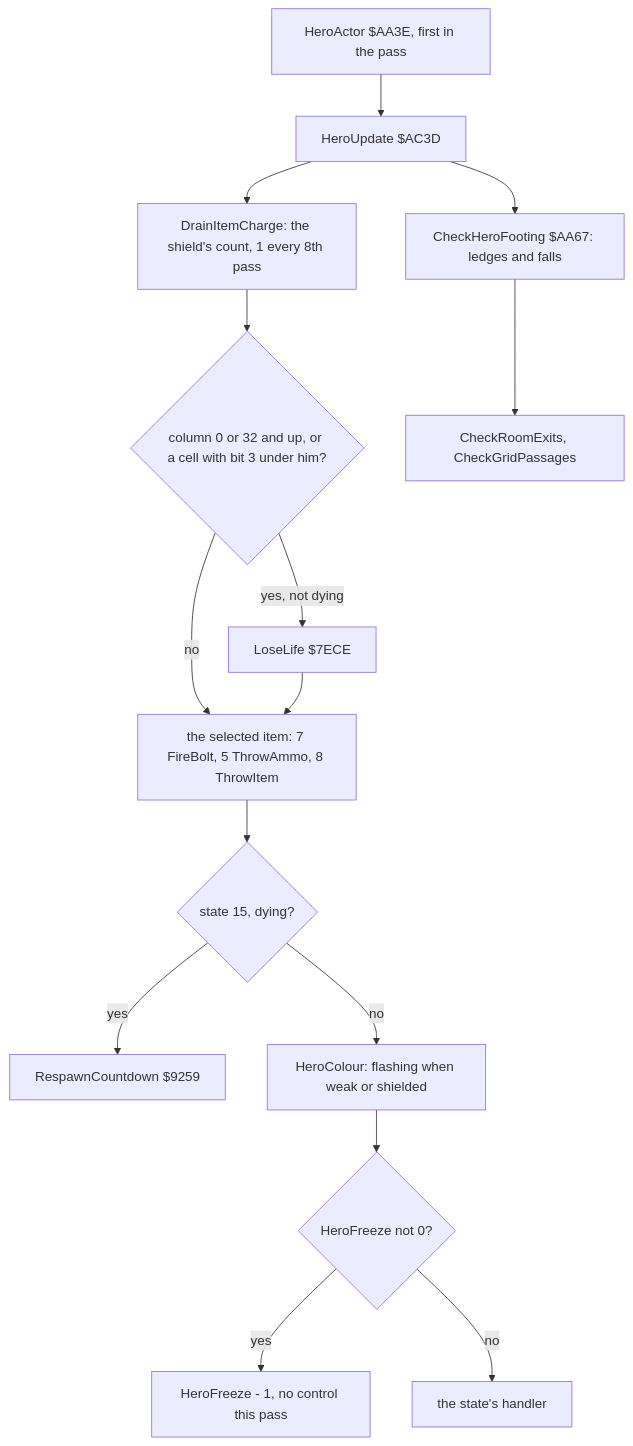
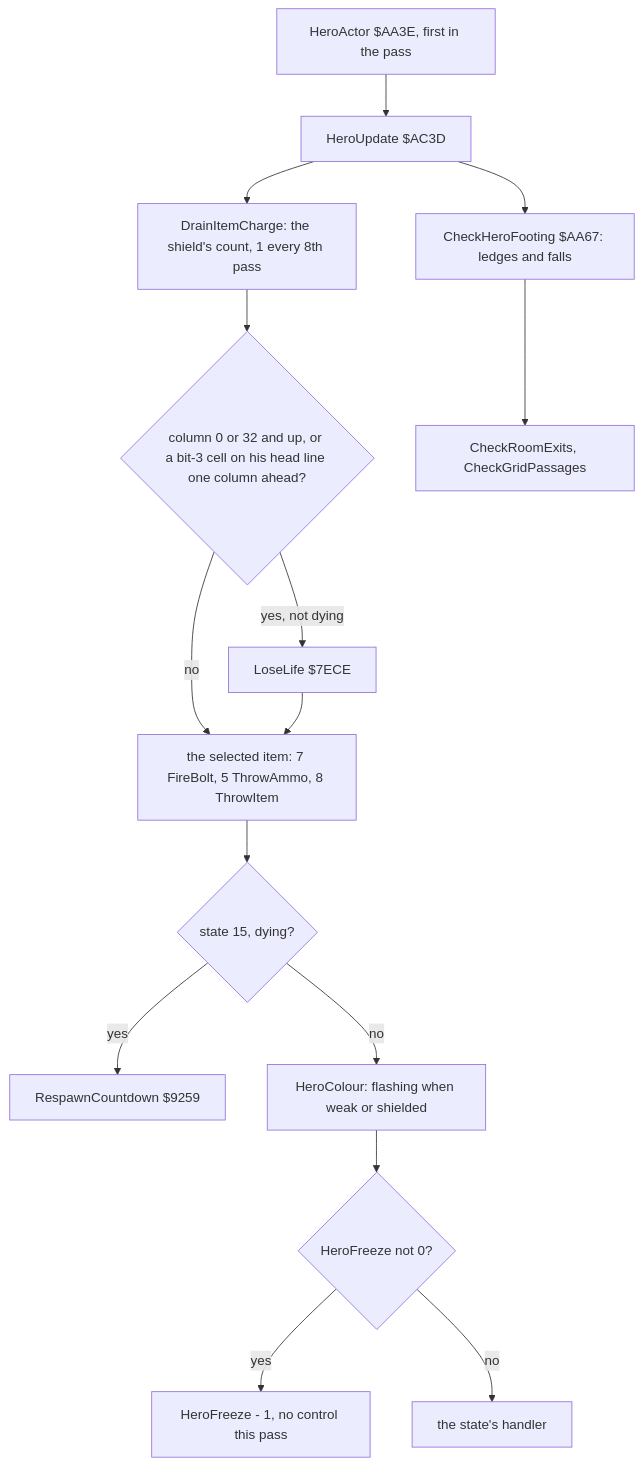
Before and after one commit to alfishe/unrealng-reverse-cases: the first of 10 diagrams in games/myth/docs/10-gameplay-logic.md, drawn with Mermaid. The commit also changed other lines of this file and 29 other files, not shown here.

````diff
--- a/games/myth/docs/10-gameplay-logic.md
+++ b/games/myth/docs/10-gameplay-logic.md
@@ -77,17 +77,17 @@
 ```mermaid
 flowchart TD
     A["HeroActor $AA3E, first in the pass"] --> U["HeroUpdate $AC3D"]
     U --> D["DrainItemCharge: the shield's count, 1 every 8th pass"]
-    D --> H{"column 0 or 32 and up, or a cell with bit 3 under him?"}
+    D --> H{"column 0 or 32 and up, or a bit-3 cell on his head line one column ahead?"}
     H -->|"yes, not dying"| L["LoseLife $7ECE"]
     H -->|"no"| W["the selected item: 7 FireBolt, 5 ThrowAmmo, 8 ThrowItem"]
     L --> W
     W --> S{"state 15, dying?"}
     S -->|"yes"| R["RespawnCountdown $9259"]
     S -->|"no"| C["HeroColour: flashing when weak or shielded"]
     C --> F{"HeroFreeze not 0?"}
     F -->|"yes"| X["HeroFreeze - 1, no control this pass"]
     F -->|"no"| G["the state's handler"]
     U --> FT["CheckHeroFooting $AA67: ledges and falls"]
     FT --> EX["CheckRoomExits, CheckGridPassages"]
 ```
````
